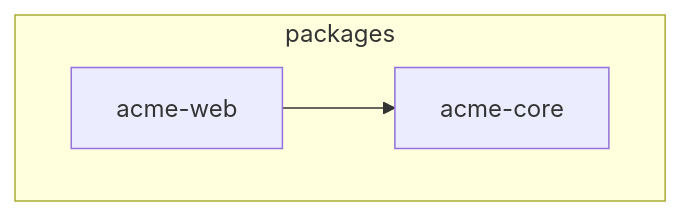
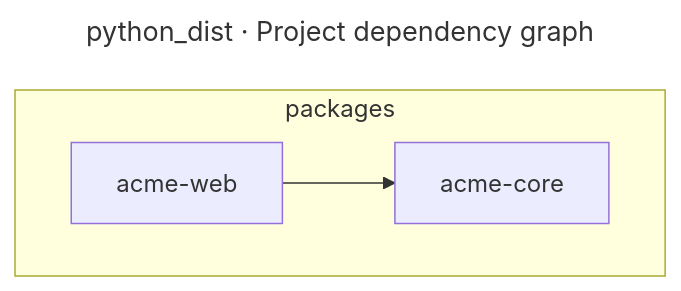
Before and after one commit to ythalorossy/architecture-skills: the third of 3 diagrams in tests/golden/python_dist/output/ArchitectureReport.md, drawn with Mermaid. The commit also changed other lines of this file and 34 other files, not shown here.

First line of the commit message:
feat(report): strengths from the model, split folders, titled dependency graph

````diff
--- a/tests/golden/python_dist/output/ArchitectureReport.md
+++ b/tests/golden/python_dist/output/ArchitectureReport.md
@@ -140,8 +144,11 @@
 ```mermaid
+---
+title: "python_dist · Project dependency graph"
+---
 graph TD
     subgraph group_packages["packages"]
         acme_core["acme-core"]
         acme_web["acme-web"]
     end
     acme_web --> acme_core
 ```
````
